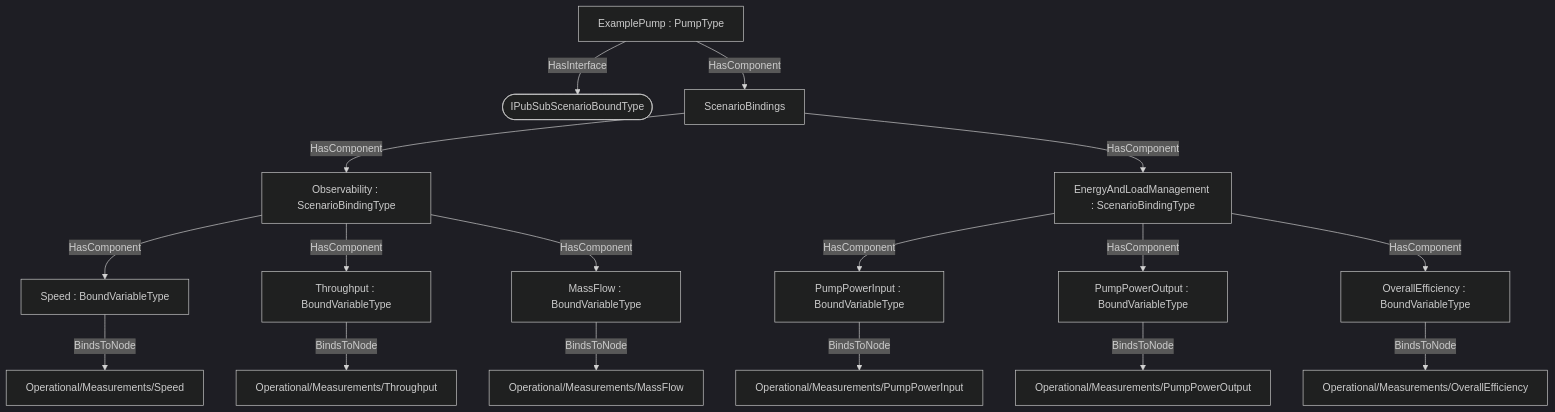
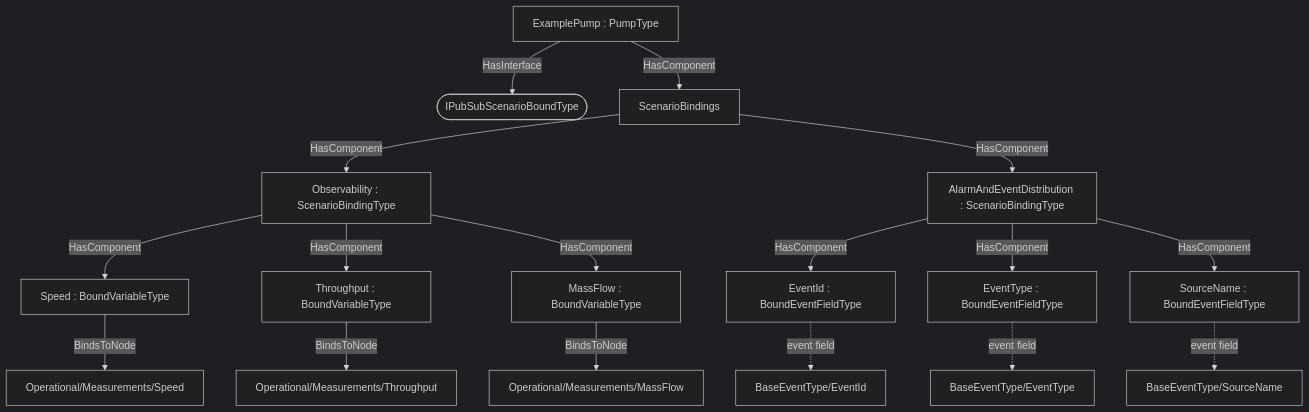
One commit to marcschier/opcua-drafts changed the second of 2 diagrams in core-specs/pubsub-binding/examples/pumps/OPC-UA-Pumps-PubSub-Scenario-Binding-Addendum.md. Above: the diagram before and after it, drawn with Mermaid (dark theme). The commit also changed other lines of this file and 12 other files, not shown here.

````diff
--- a/core-specs/pubsub-binding/examples/pumps/OPC-UA-Pumps-PubSub-Scenario-Binding-Addendum.md
+++ b/core-specs/pubsub-binding/examples/pumps/OPC-UA-Pumps-PubSub-Scenario-Binding-Addendum.md
@@ -140,20 +160,20 @@
 ```mermaid
 graph TD
   R["ExamplePump : PumpType"]
   R -->|HasInterface| I([IPubSubScenarioBoundType])
   R -->|HasComponent| SB["ScenarioBindings"]
   SB -->|HasComponent| B0["Observability : ScenarioBindingType"]
   B0 -->|HasComponent| IT00["Speed : BoundVariableType"]
   IT00 -->|BindsToNode| N00["Operational/Measurements/Speed"]
   B0 -->|HasComponent| IT01["Throughput : BoundVariableType"]
   IT01 -->|BindsToNode| N01["Operational/Measurements/Throughput"]
   B0 -->|HasComponent| IT02["MassFlow : BoundVariableType"]
   IT02 -->|BindsToNode| N02["Operational/Measurements/MassFlow"]
-  SB -->|HasComponent| B1["EnergyAndLoadManagement : ScenarioBindingType"]
-  B1 -->|HasComponent| IT10["PumpPowerInput : BoundVariableType"]
-  IT10 -->|BindsToNode| N10["Operational/Measurements/PumpPowerInput"]
-  B1 -->|HasComponent| IT11["PumpPowerOutput : BoundVariableType"]
-  IT11 -->|BindsToNode| N11["Operational/Measurements/PumpPowerOutput"]
-  B1 -->|HasComponent| IT12["OverallEfficiency : BoundVariableType"]
-  IT12 -->|BindsToNode| N12["Operational/Measurements/OverallEfficiency"]
+  SB -->|HasComponent| B1["AlarmAndEventDistribution : ScenarioBindingType"]
+  B1 -->|HasComponent| IT10["EventId : BoundEventFieldType"]
+  IT10 -.event field.-> N10["BaseEventType/EventId"]
+  B1 -->|HasComponent| IT11["EventType : BoundEventFieldType"]
+  IT11 -.event field.-> N11["BaseEventType/EventType"]
+  B1 -->|HasComponent| IT12["SourceName : BoundEventFieldType"]
+  IT12 -.event field.-> N12["BaseEventType/SourceName"]
 ```
````
